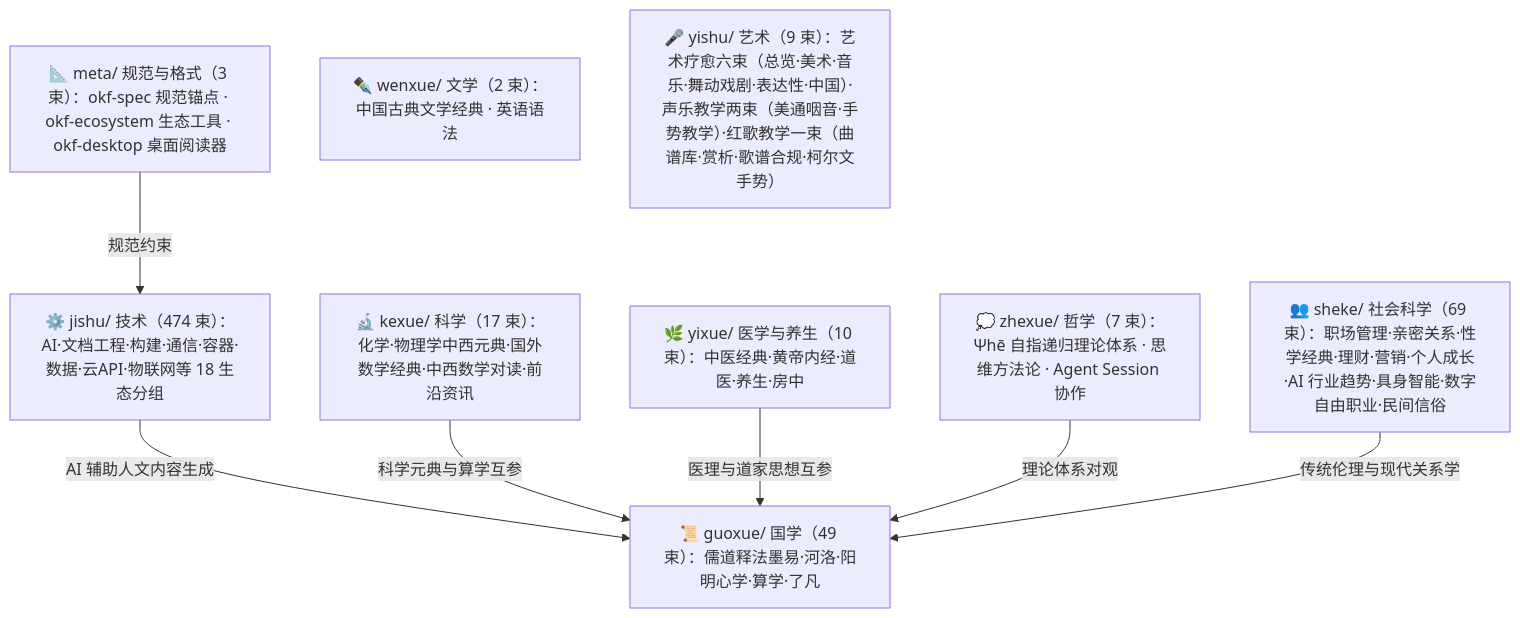
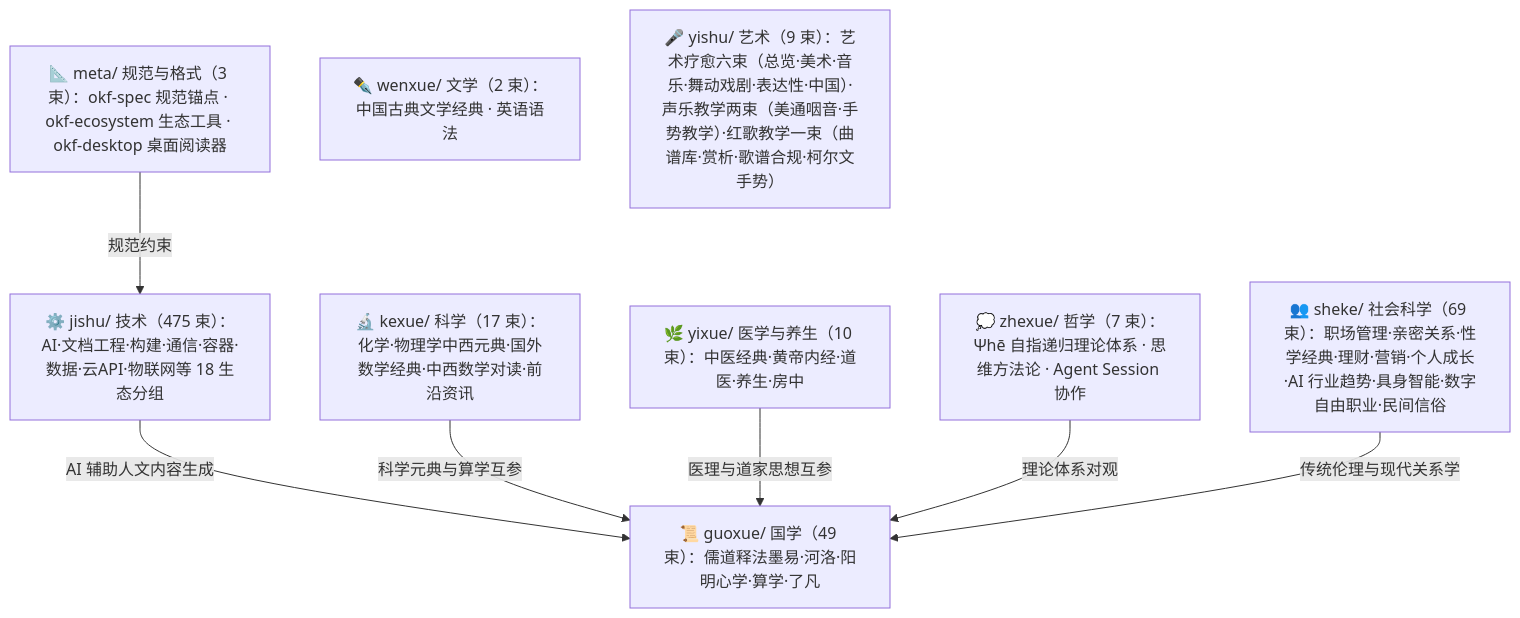
Before and after one commit to awesome-flexloop/awesome-okf: the diagram in doc/bundles/index.md, drawn with Mermaid. The commit also changed other lines of this file and 16 other files, not shown here.

````diff
--- a/doc/bundles/index.md
+++ b/doc/bundles/index.md
@@ -21,18 +21,18 @@
 ```mermaid
 flowchart TD
     meta["📐 meta/ 规范与格式（3 束）：okf-spec 规范锚点 · okf-ecosystem 生态工具 · okf-desktop 桌面阅读器"]
     guoxue["📜 guoxue/ 国学（49 束）：儒道释法墨易·河洛·阳明心学·算学·了凡"]
     zhexue["💭 zhexue/ 哲学（7 束）：Ψhē 自指递归理论体系 · 思维方法论 · Agent Session 协作"]
     kexue["🔬 kexue/ 科学（17 束）：化学·物理学中西元典·国外数学经典·中西数学对读·前沿资讯"]
     wenxue["✒️ wenxue/ 文学（2 束）：中国古典文学经典 · 英语语法"]
     yixue["🌿 yixue/ 医学与养生（10 束）：中医经典·黄帝内经·道医·养生·房中"]
     sheke["👥 sheke/ 社会科学（69 束）：职场管理·亲密关系·性学经典·理财·营销·个人成长·AI 行业趋势·具身智能·数字自由职业·民间信俗"]
     yishu["🎤 yishu/ 艺术（9 束）：艺术疗愈六束（总览·美术·音乐·舞动戏剧·表达性·中国）·声乐教学两束（美通咽音·手势教学）·红歌教学一束（曲谱库·赏析·歌谱合规·柯尔文手势）"]
-    jishu["⚙️ jishu/ 技术（474 束）：AI·文档工程·构建·通信·容器·数据·云API·物联网等 18 生态分组"]
+    jishu["⚙️ jishu/ 技术（475 束）：AI·文档工程·构建·通信·容器·数据·云API·物联网等 18 生态分组"]
     meta -->|"规范约束"| jishu
     jishu -->|"AI 辅助人文内容生成"| guoxue
     kexue -->|"科学元典与算学互参"| guoxue
     yixue -->|"医理与道家思想互参"| guoxue
     zhexue -->|"理论体系对观"| guoxue
     sheke -->|"传统伦理与现代关系学"| guoxue
 ```
````
